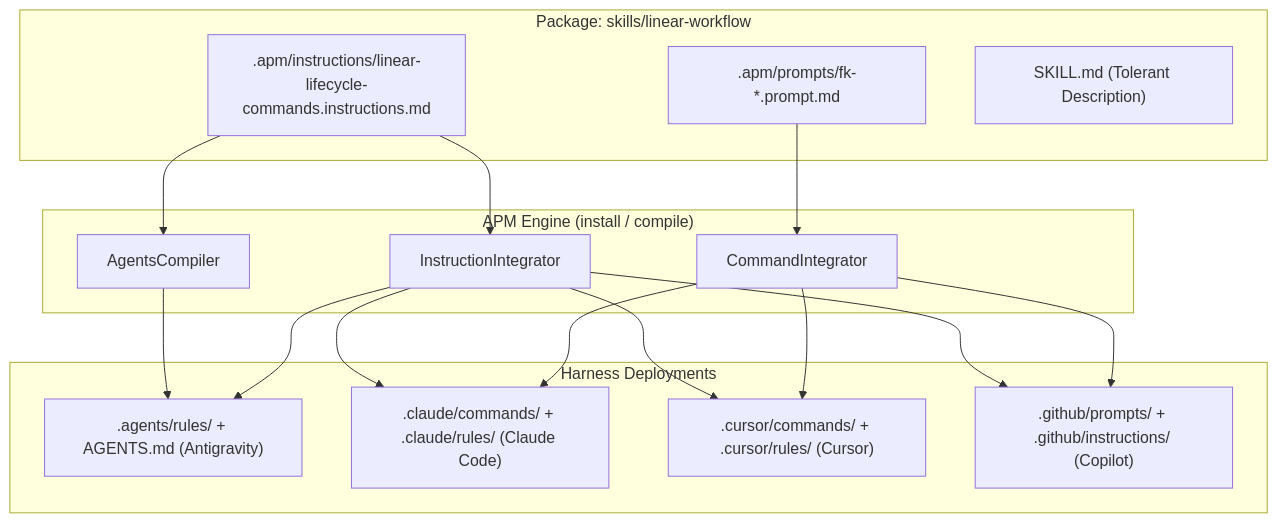
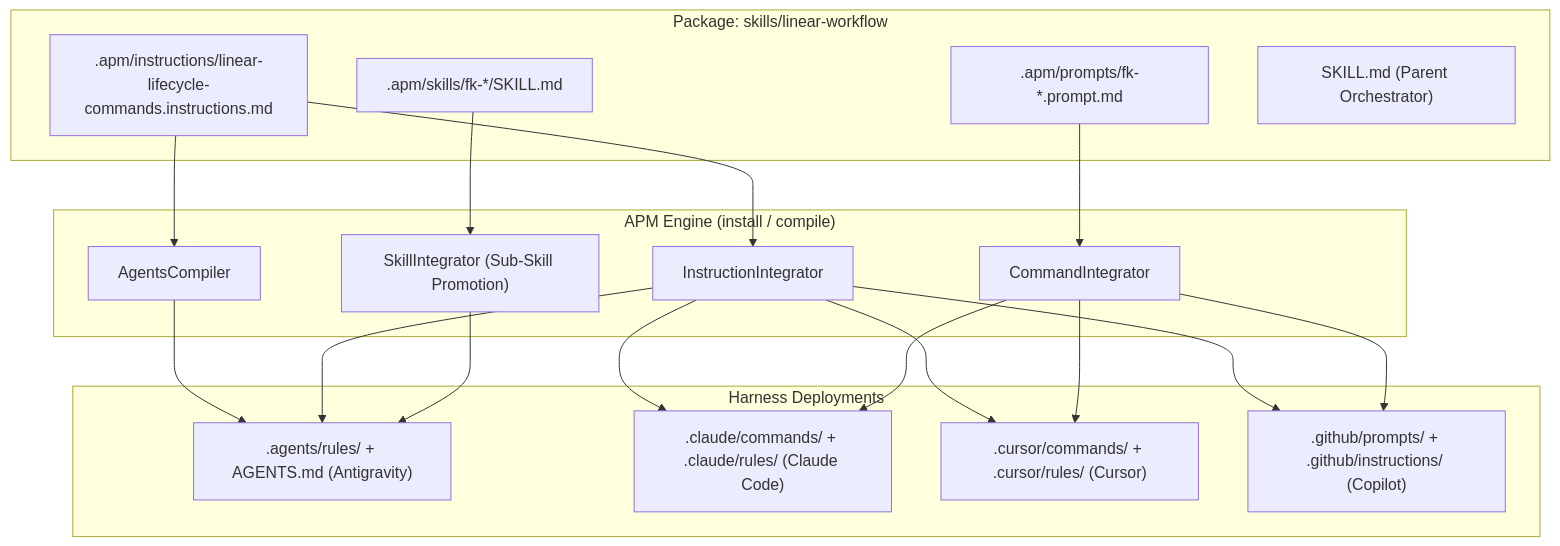
The diagram in skills/linear-workflow/references/multi-harness-commands.md (CaioCoelhoChaves/fk_apm), drawn with Mermaid before and after one commit. The commit also changed other lines of this file and 8 other files, not shown here.

First line of the commit message:
fix(linear-workflow): suporte a slash commands no Antigravity via sub-skills nativas (#7)

````diff
--- a/skills/linear-workflow/references/multi-harness-commands.md
+++ b/skills/linear-workflow/references/multi-harness-commands.md
@@ -29,33 +29,37 @@
 ```mermaid
 flowchart TD
     subgraph Package ["Package: skills/linear-workflow"]
         P1[".apm/prompts/fk-*.prompt.md"]
+        SK1[".apm/skills/fk-*/SKILL.md"]
         I1[".apm/instructions/linear-lifecycle-commands.instructions.md"]
-        S1["SKILL.md (Tolerant Description)"]
+        S1["SKILL.md (Parent Orchestrator)"]
     end
 
     subgraph APM ["APM Engine (install / compile)"]
         CI["CommandIntegrator"]
+        SI["SkillIntegrator (Sub-Skill Promotion)"]
         II["InstructionIntegrator"]
         AC["AgentsCompiler"]
     end
 
     subgraph Targets ["Harness Deployments"]
         Antigravity[".agents/rules/ + AGENTS.md (Antigravity)"]
         Claude[".claude/commands/ + .claude/rules/ (Claude Code)"]
         Cursor[".cursor/commands/ + .cursor/rules/ (Cursor)"]
         Copilot[".github/prompts/ + .github/instructions/ (Copilot)"]
     end
 
     P1 --> CI
+    SK1 --> SI
     I1 --> II
     I1 --> AC
     CI --> Claude
     CI --> Cursor
     CI --> Copilot
+    SI --> Antigravity
     II --> Antigravity
     II --> Claude
     II --> Cursor
     II --> Copilot
     AC --> Antigravity
 ```
````
